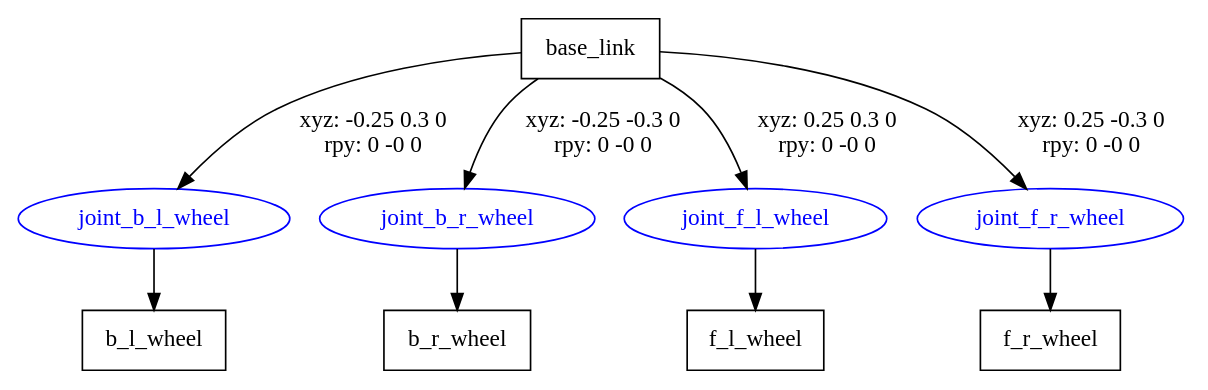
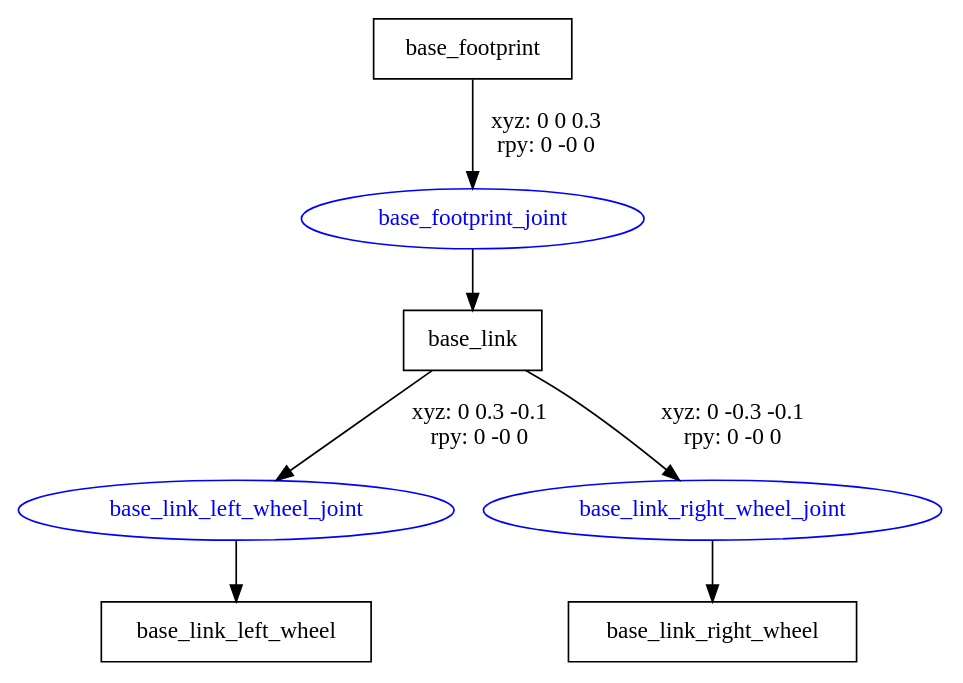
The diagram in debra_description/urdf/debra.gv (cvra/cvra_debra_ros), drawn with Graphviz before and after one commit. The commit also changed 6 other files, not shown here.

```diff
--- a/debra_description/urdf/debra.gv
+++ b/debra_description/urdf/debra.gv
@@ -1,17 +1,14 @@
 digraph G {
 node [shape=box];
+"base_footprint" [label="base_footprint"];
 "base_link" [label="base_link"];
-"b_l_wheel" [label="b_l_wheel"];
-"b_r_wheel" [label="b_r_wheel"];
-"f_l_wheel" [label="f_l_wheel"];
-"f_r_wheel" [label="f_r_wheel"];
+"base_link_left_wheel" [label="base_link_left_wheel"];
+"base_link_right_wheel" [label="base_link_right_wheel"];
 node [shape=ellipse, color=blue, fontcolor=blue];
-"base_link" -> "joint_b_l_wheel" [label="xyz: -0.25 0.3 0 \nrpy: 0 -0 0"]
-"joint_b_l_wheel" -> "b_l_wheel"
-"base_link" -> "joint_b_r_wheel" [label="xyz: -0.25 -0.3 0 \nrpy: 0 -0 0"]
-"joint_b_r_wheel" -> "b_r_wheel"
-"base_link" -> "joint_f_l_wheel" [label="xyz: 0.25 0.3 0 \nrpy: 0 -0 0"]
-"joint_f_l_wheel" -> "f_l_wheel"
-"base_link" -> "joint_f_r_wheel" [label="xyz: 0.25 -0.3 0 \nrpy: 0 -0 0"]
-"joint_f_r_wheel" -> "f_r_wheel"
+"base_footprint" -> "base_footprint_joint" [label="xyz: 0 0 0.3 \nrpy: 0 -0 0"]
+"base_footprint_joint" -> "base_link"
+"base_link" -> "base_link_left_wheel_joint" [label="xyz: 0 0.3 -0.1 \nrpy: 0 -0 0"]
+"base_link_left_wheel_joint" -> "base_link_left_wheel"
+"base_link" -> "base_link_right_wheel_joint" [label="xyz: 0 -0.3 -0.1 \nrpy: 0 -0 0"]
+"base_link_right_wheel_joint" -> "base_link_right_wheel"
 }
```
